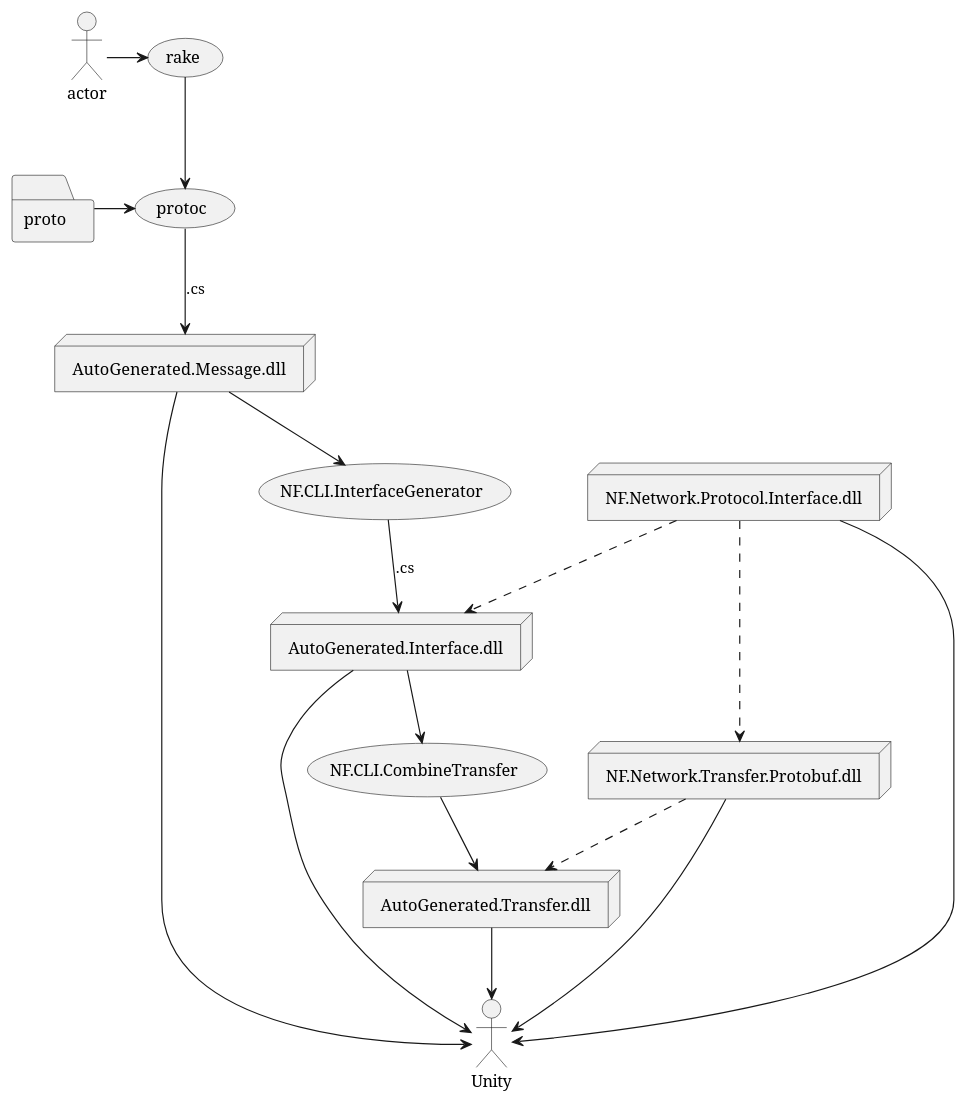
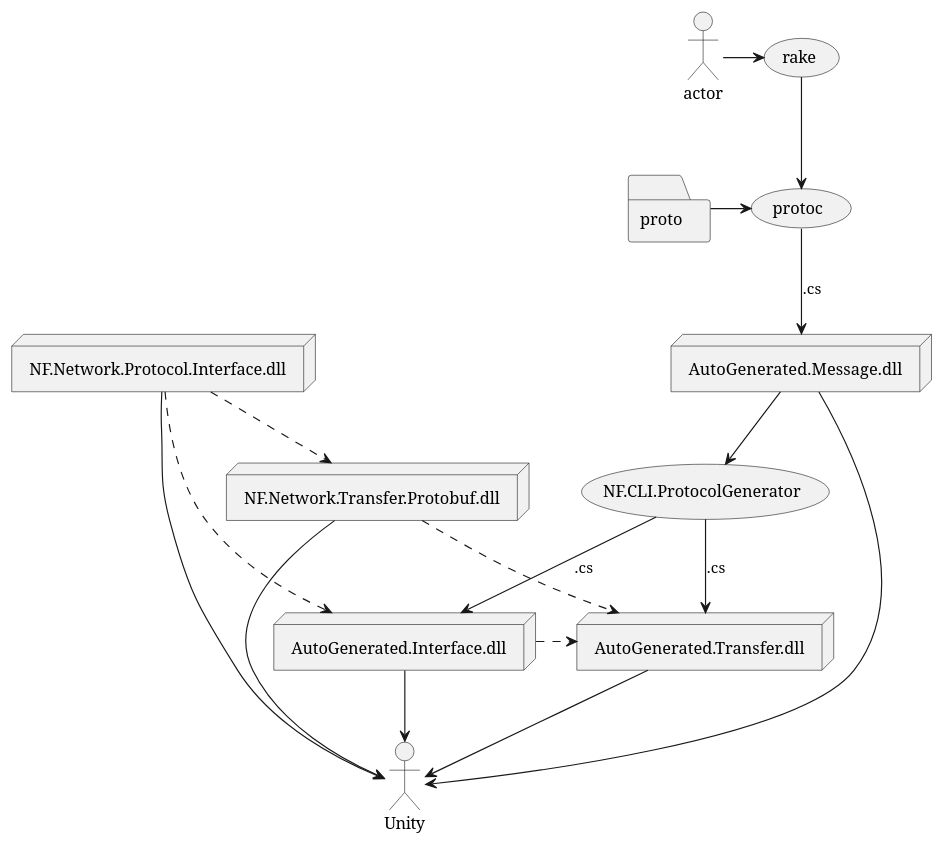
One commit to netpyoung/nf.protocol-flow changed the diagram in flow.puml. Above: the diagram before and after it, drawn with PlantUML. The commit also changed 43 other files, not shown here.

```diff
--- a/flow.puml
+++ b/flow.puml
@@ -1,32 +1,30 @@
 @startuml
 folder proto
 node AutoGenerated.Message.dll
 node AutoGenerated.Interface.dll
 node AutoGenerated.Transfer.dll
 node NF.Network.Transfer.Protobuf.dll
 node NF.Network.Protocol.Interface.dll
 
 actor -> (rake)
 
 
 (rake) --> (protoc)
 (proto) -> (protoc)
 (protoc) --> (AutoGenerated.Message.dll) : .cs
-(AutoGenerated.Message.dll) --> (NF.CLI.InterfaceGenerator)
-(NF.CLI.InterfaceGenerator) --> (AutoGenerated.Interface.dll) : .cs
-(AutoGenerated.Interface.dll) --> (NF.CLI.CombineTransfer)
-(NF.CLI.CombineTransfer) --> (AutoGenerated.Transfer.dll)
-
+(AutoGenerated.Message.dll) --> (NF.CLI.ProtocolGenerator)
+(NF.CLI.ProtocolGenerator) --> (AutoGenerated.Interface.dll) : .cs
+(NF.CLI.ProtocolGenerator) --> (AutoGenerated.Transfer.dll) : .cs
 
 (NF.Network.Protocol.Interface.dll) ..> (AutoGenerated.Interface.dll)
 (NF.Network.Protocol.Interface.dll) ..> (NF.Network.Transfer.Protobuf.dll)
 (NF.Network.Transfer.Protobuf.dll) ..> (AutoGenerated.Transfer.dll)
-
+(AutoGenerated.Interface.dll) .> (AutoGenerated.Transfer.dll)
 
 (NF.Network.Protocol.Interface.dll) --> Unity
 (NF.Network.Transfer.Protobuf.dll) --> Unity
 (AutoGenerated.Message.dll) --> Unity
 (AutoGenerated.Transfer.dll) --> Unity
 (AutoGenerated.Interface.dll) --> Unity
 
 @enduml
```
